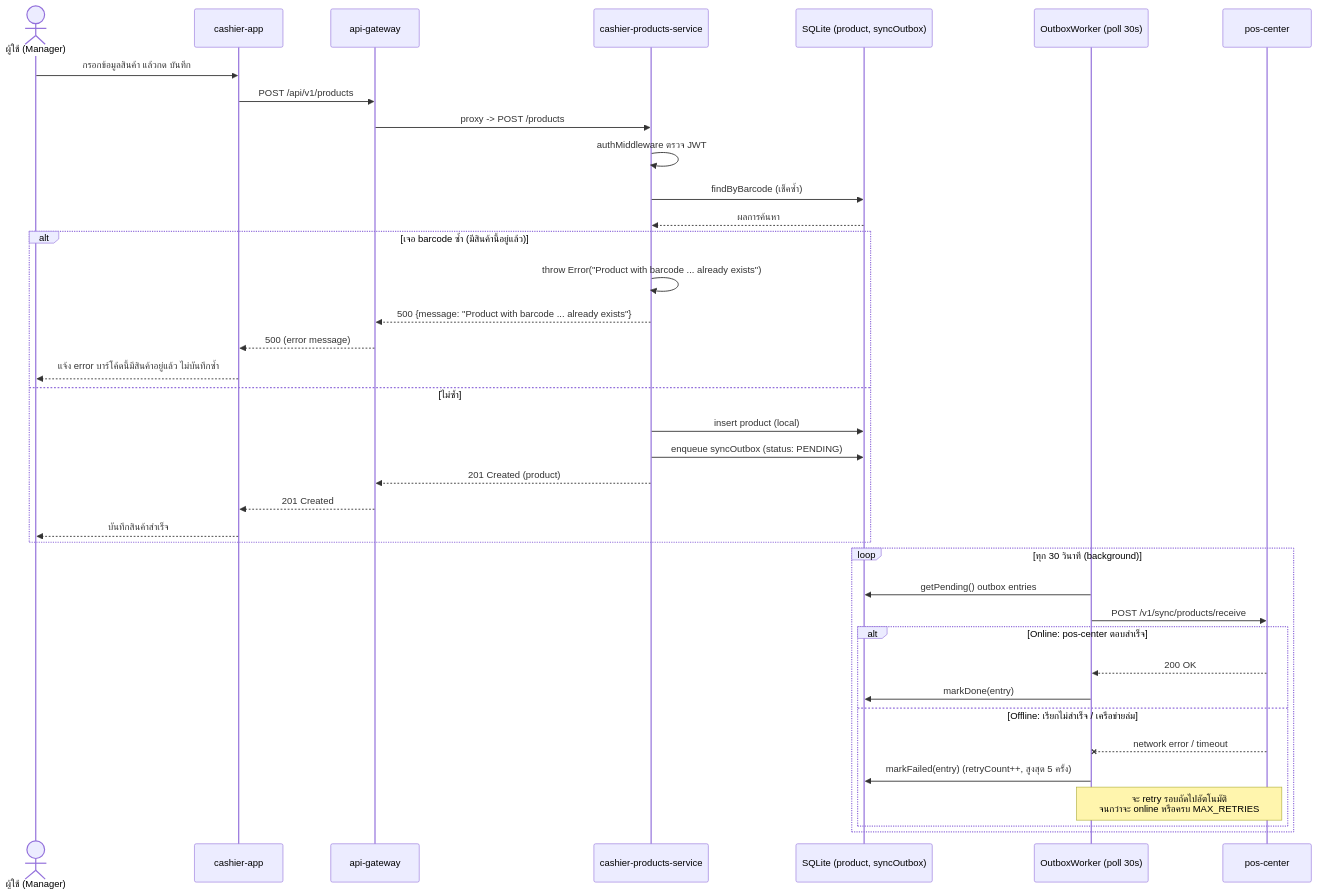
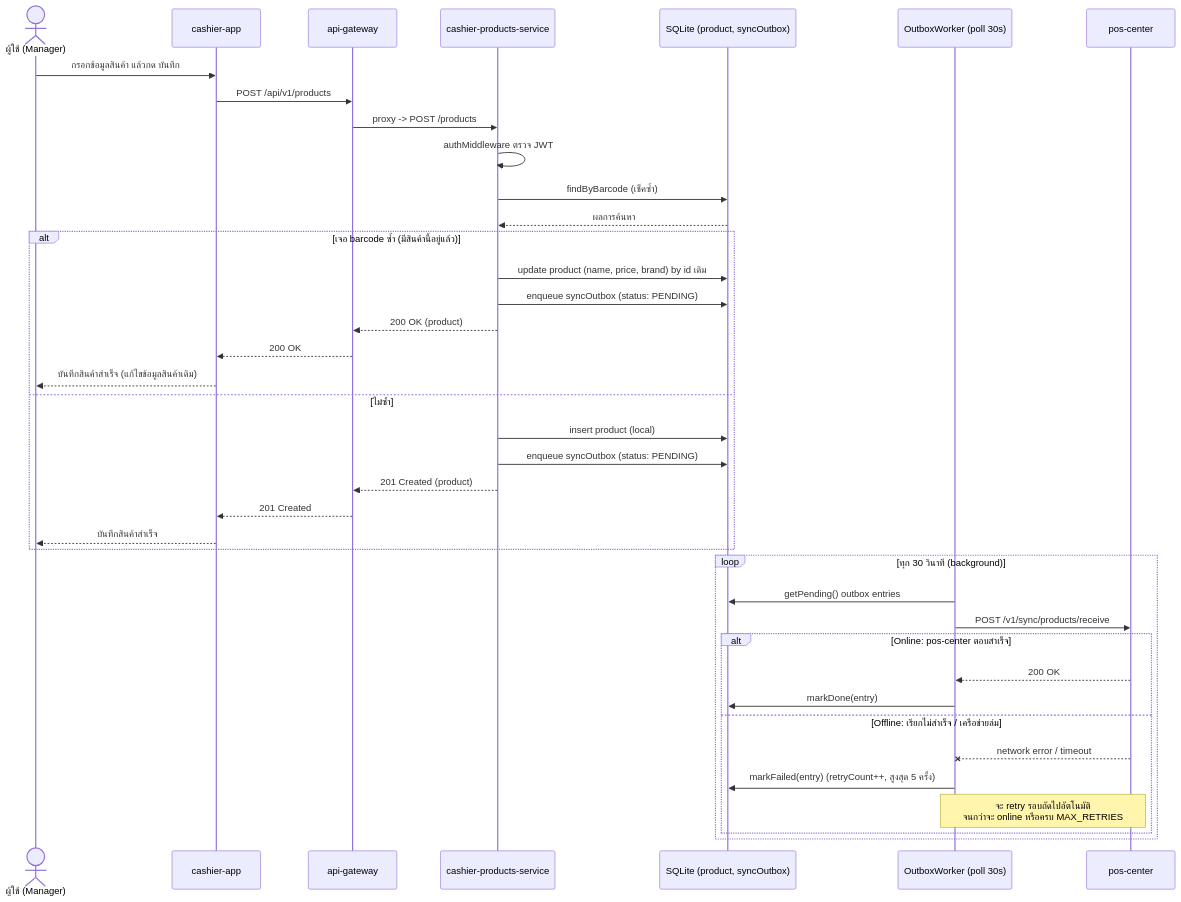
Before and after one commit to apisit110/pos-cashier: the diagram in docs/sequence-diagrams/02-product-create.md, drawn with Mermaid. The commit also changed other lines of this file and 2 other files, not shown here.

Commit message:
feat: update CreateProductUseCase to support upsert functionality and adjust response structure

````diff
--- a/docs/sequence-diagrams/02-product-create.md
+++ b/docs/sequence-diagrams/02-product-create.md
@@ -11,43 +11,44 @@
 ```mermaid
 sequenceDiagram
     actor User as ผู้ใช้ (Manager)
     participant App as cashier-app
     participant GW as api-gateway
     participant Prod as cashier-products-service
     participant DB as SQLite (product, syncOutbox)
     participant Worker as OutboxWorker (poll 30s)
     participant Center as pos-center
 
     User->>App: กรอกข้อมูลสินค้า แล้วกด บันทึก
     App->>GW: POST /api/v1/products
     GW->>Prod: proxy -> POST /products
     Prod->>Prod: authMiddleware ตรวจ JWT
     Prod->>DB: findByBarcode (เช็คซ้ำ)
     DB-->>Prod: ผลการค้นหา
 
     alt เจอ barcode ซ้ำ (มีสินค้านี้อยู่แล้ว)
-        Prod->>Prod: throw Error("Product with barcode ... already exists")
-        Prod-->>GW: 500 {message: "Product with barcode ... already exists"}
-        GW-->>App: 500 (error message)
-        App-->>User: แจ้ง error บาร์โค้ดนี้มีสินค้าอยู่แล้ว ไม่บันทึกซ้ำ
+        Prod->>DB: update product (name, price, brand) by id เดิม
+        Prod->>DB: enqueue syncOutbox (status: PENDING)
+        Prod-->>GW: 200 OK (product)
+        GW-->>App: 200 OK
+        App-->>User: บันทึกสินค้าสำเร็จ (แก้ไขข้อมูลสินค้าเดิม)
     else ไม่ซ้ำ
         Prod->>DB: insert product (local)
         Prod->>DB: enqueue syncOutbox (status: PENDING)
         Prod-->>GW: 201 Created (product)
         GW-->>App: 201 Created
         App-->>User: บันทึกสินค้าสำเร็จ
     end
 
     loop ทุก 30 วินาที (background)
         Worker->>DB: getPending() outbox entries
         Worker->>Center: POST /v1/sync/products/receive
         alt Online: pos-center ตอบสำเร็จ
             Center-->>Worker: 200 OK
             Worker->>DB: markDone(entry)
         else Offline: เรียกไม่สำเร็จ / เครือข่ายล่ม
             Center--xWorker: network error / timeout
             Worker->>DB: markFailed(entry) (retryCount++, สูงสุด 5 ครั้ง)
             Note over Worker,Center: จะ retry รอบถัดไปอัตโนมัติ<br/>จนกว่าจะ online หรือครบ MAX_RETRIES
         end
     end
 ```
````
